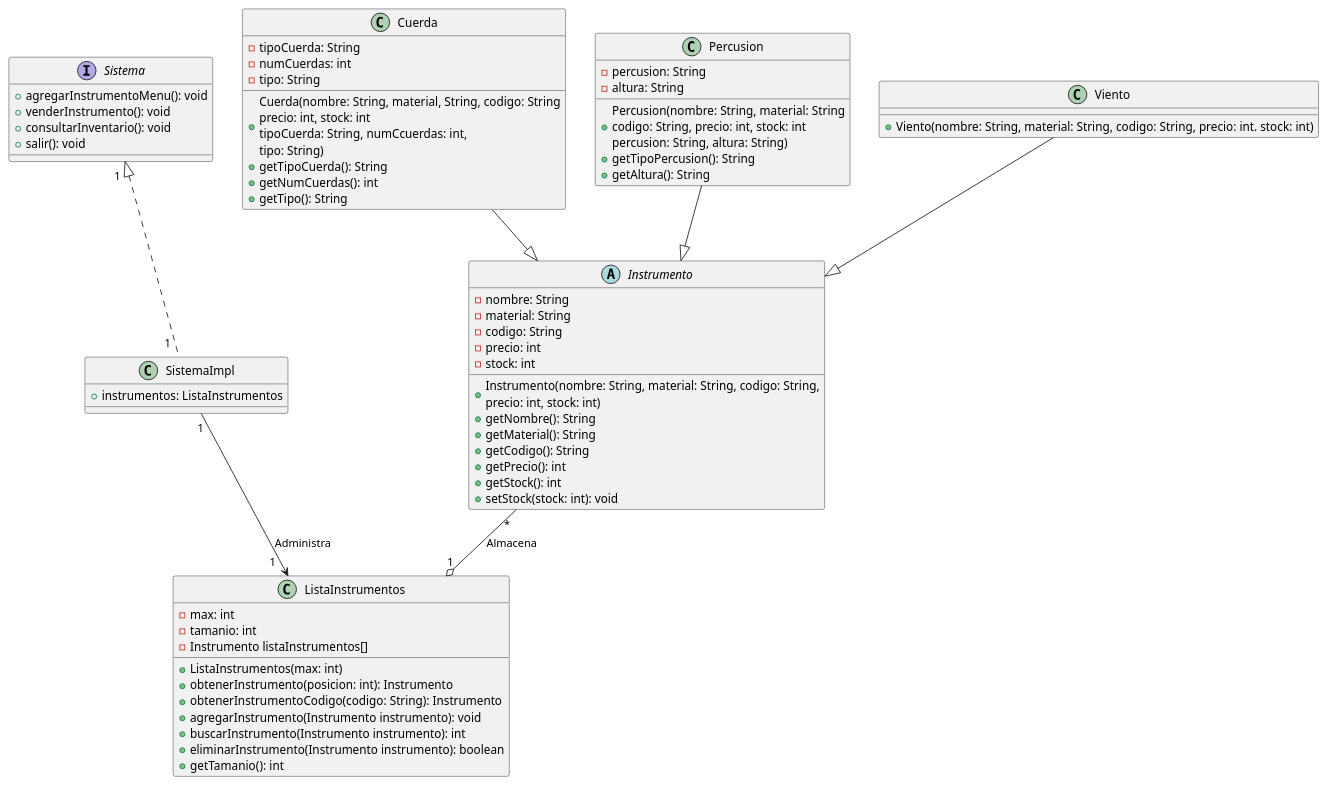
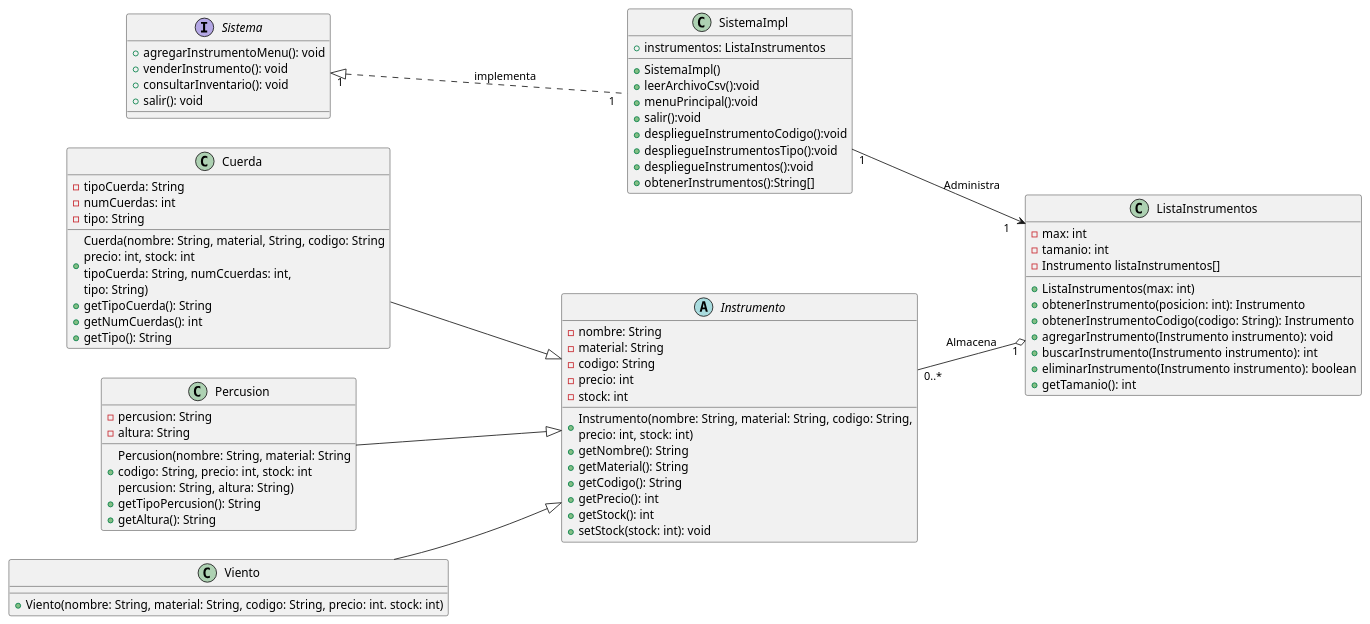
Before and after one commit to AlbertoLyons/Taller-3: the diagram in Clases.puml, drawn with PlantUML. The commit also changed 8 other files, not shown here.

```diff
--- a/Clases.puml
+++ b/Clases.puml
@@ -1,64 +1,75 @@
 @startuml
+
+left to right direction
+
 abstract Instrumento {
 -{field} nombre: String
 -{field} material: String
 -{field} codigo: String
 -{field} precio: int
 -{field} stock: int
 +{method} Instrumento(nombre: String, material: String, codigo: String,\nprecio: int, stock: int)
 +{method} getNombre(): String
 +{method} getMaterial(): String
 +{method} getCodigo(): String
 +{method} getPrecio(): int
 +{method} getStock(): int
 +{method} setStock(stock: int): void
 }
 class Cuerda {
 -{field} tipoCuerda: String
 -{field} numCuerdas: int
 -{field} tipo: String
 +{method} Cuerda(nombre: String, material, String, codigo: String\nprecio: int, stock: int\ntipoCuerda: String, numCcuerdas: int,\ntipo: String)
 +{method} getTipoCuerda(): String
 +{method} getNumCuerdas(): int
 +{method} getTipo(): String
 }
 class Percusion {
 -{field} percusion: String
 -{field} altura: String
 +{method} Percusion(nombre: String, material: String\ncodigo: String, precio: int, stock: int\npercusion: String, altura: String)
 +{method} getTipoPercusion(): String
 +{method} getAltura(): String
 }
 class Viento {
 +{method} Viento(nombre: String, material: String, codigo: String, precio: int. stock: int)
 }
 class ListaInstrumentos {
 -{field} max: int
 -{field} tamanio: int
 -{field} Instrumento listaInstrumentos[]
 +{method} ListaInstrumentos(max: int)
 +{method} obtenerInstrumento(posicion: int): Instrumento
 +{method} obtenerInstrumentoCodigo(codigo: String): Instrumento
 +{method} agregarInstrumento(Instrumento instrumento): void
 +{method} buscarInstrumento(Instrumento instrumento): int
 +{method} eliminarInstrumento(Instrumento instrumento): boolean
 +{method} getTamanio(): int
 }
 interface Sistema {
 +{field} agregarInstrumentoMenu(): void
 +{field} venderInstrumento(): void
 +{field} consultarInventario(): void
 +{field} salir(): void
 }
 class SistemaImpl {
 +{field} instrumentos: ListaInstrumentos
++SistemaImpl()
++leerArchivoCsv():void
++menuPrincipal():void
++salir():void
++despliegueInstrumentoCodigo():void
++despliegueInstrumentosTipo():void
++despliegueInstrumentos():void
++obtenerInstrumentos():String[]
 }
-Sistema "1  " <|.. "1  " SistemaImpl
+Sistema "1  " <|.. "1  " SistemaImpl : implementa
 Cuerda  --|>  Instrumento
 Percusion  --|>  Instrumento
 Viento  --|>  Instrumento
 SistemaImpl "1" --> "1   " ListaInstrumentos : Administra
-Instrumento "*" --o "1" ListaInstrumentos : Almacena
+Instrumento "0..*" --o "1" ListaInstrumentos : Almacena
 
 
 @enduml
```
